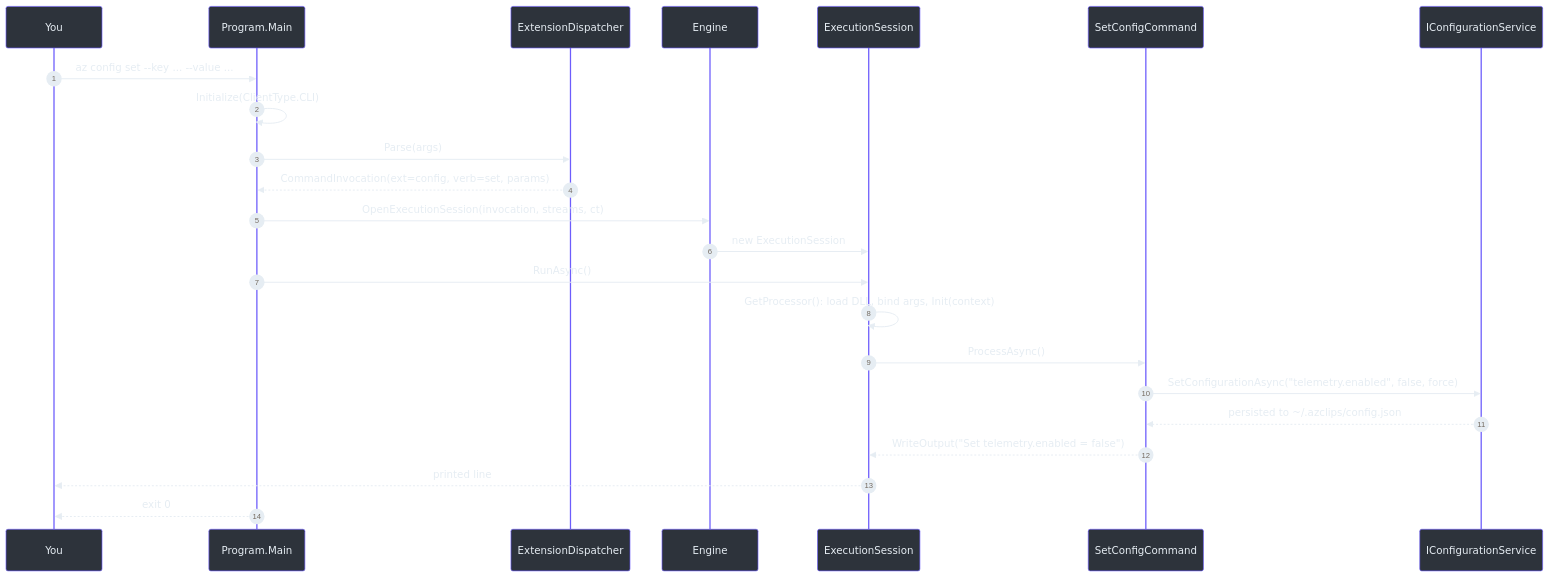
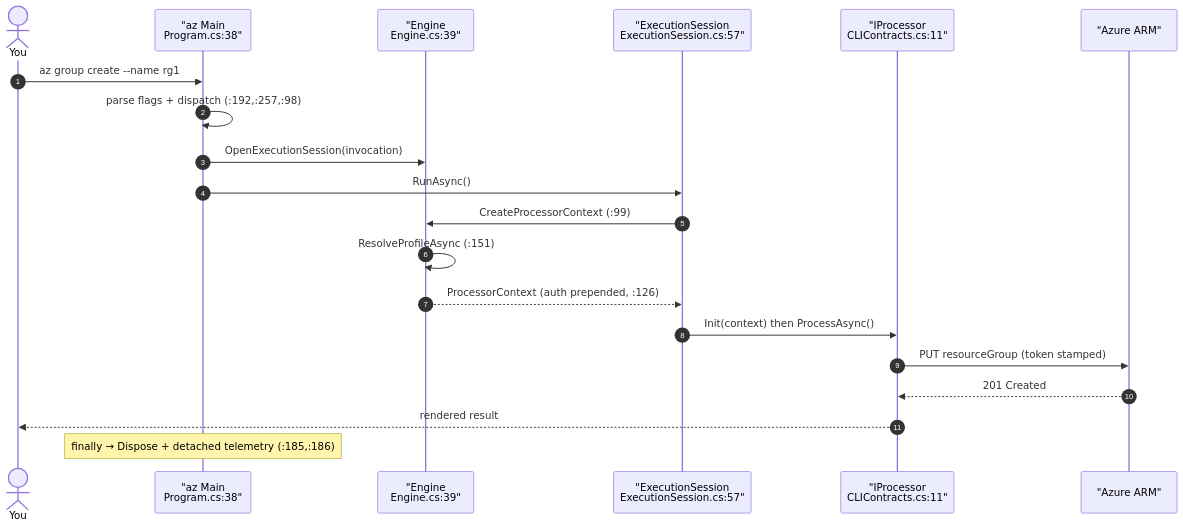
One commit to Azure/azclips changed the third of 7 diagrams in wiki/zero-to-hero-guide.md. Above: the diagram before and after it, drawn with Mermaid. The commit also changed other lines of this file and 34 other files, not shown here.

First line of the commit message:
docs(wiki): refresh generated architecture documentation

````diff
--- a/wiki/zero-to-hero-guide.md
+++ b/wiki/zero-to-hero-guide.md
@@ -399,26 +516,23 @@
 ```mermaid
-%%{init: {'theme':'base','themeVariables':{'primaryColor':'#2d333b','primaryBorderColor':'#6d5dfc','primaryTextColor':'#e6edf3','lineColor':'#8b949e','clusterBkg':'#161b22','clusterBorder':'#30363d','fontFamily':'monospace'}}}%%
 sequenceDiagram
     autonumber
-    participant U as You
-    participant P as Program.Main
-    participant D as ExtensionDispatcher
-    participant E as Engine
-    participant S as ExecutionSession
-    participant C as SetConfigCommand
-    participant CS as IConfigurationService
-    U->>P: az config set --key ... --value ...
-    P->>P: Initialize(ClientType.CLI)
-    P->>D: Parse(args)
-    D-->>P: CommandInvocation(ext=config, verb=set, params)
-    P->>E: OpenExecutionSession(invocation, streams, ct)
-    E->>S: new ExecutionSession
-    P->>S: RunAsync()
-    S->>S: GetProcessor(): load DLL, bind args, Init(context)
-    S->>C: ProcessAsync()
-    C->>CS: SetConfigurationAsync("telemetry.enabled", false, force)
-    CS-->>C: persisted to ~/.azclips/config.json
-    C-->>S: WriteOutput("Set telemetry.enabled = false")
-    S-->>U: printed line
-    P-->>U: exit 0
+    actor You
+    participant CLI as "az Main<br>Program.cs:38"
+    participant Eng as "Engine<br>Engine.cs:39"
+    participant Sess as "ExecutionSession<br>ExecutionSession.cs:57"
+    participant Proc as "IProcessor<br>CLIContracts.cs:11"
+    participant ARM as "Azure ARM"
+
+    You->>CLI: az group create --name rg1
+    CLI->>CLI: parse flags + dispatch (:192,:257,:98)
+    CLI->>Eng: OpenExecutionSession(invocation)
+    CLI->>Sess: RunAsync()
+    Sess->>Eng: CreateProcessorContext (:99)
+    Eng->>Eng: ResolveProfileAsync (:151)
+    Eng-->>Sess: ProcessorContext (auth prepended, :126)
+    Sess->>Proc: Init(context) then ProcessAsync()
+    Proc->>ARM: PUT resourceGroup (token stamped)
+    ARM-->>Proc: 201 Created
+    Proc-->>You: rendered result
+    Note over CLI: finally → Dispose + detached telemetry (:185,:186)
 ```
````
